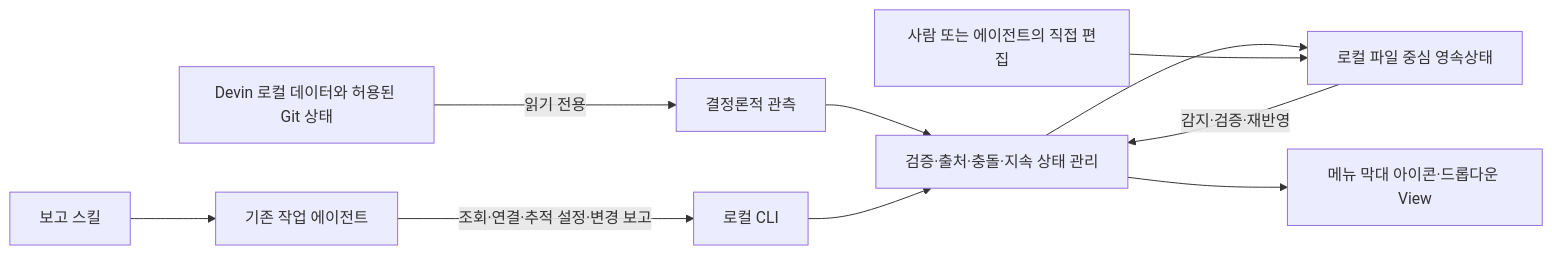
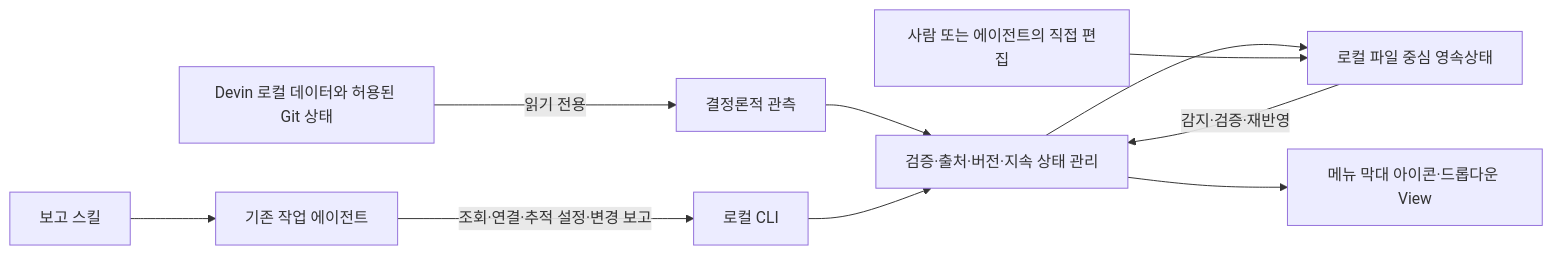
Before and after one commit to neocjmix/devin-task-observer: the diagram in docs/DESIGN_CHANGE_PROPOSAL_2026-10-30_KO.md, drawn with Mermaid. The commit also changed other lines of this file and 3 other files, not shown here.

````diff
--- a/docs/DESIGN_CHANGE_PROPOSAL_2026-10-30_KO.md
+++ b/docs/DESIGN_CHANGE_PROPOSAL_2026-10-30_KO.md
@@ -39,12 +53,12 @@
 ```mermaid
 flowchart LR
     Source[Devin 로컬 데이터와 허용된 Git 상태] -->|읽기 전용| Collect[결정론적 관측]
     Skill[보고 스킬] --> Agent[기존 작업 에이전트]
     Agent -->|조회·연결·추적 설정·변경 보고| CLI[로컬 CLI]
-    Collect --> Core[검증·출처·충돌·지속 상태 관리]
+    Collect --> Core[검증·출처·버전·지속 상태 관리]
     CLI --> Core
     Core --> Files[로컬 파일 중심 영속상태]
     Human[사람 또는 에이전트의 직접 편집] --> Files
     Files -->|감지·검증·재반영| Core
     Core --> Menu[메뉴 막대 아이콘·드롭다운 View]
 ```
````
